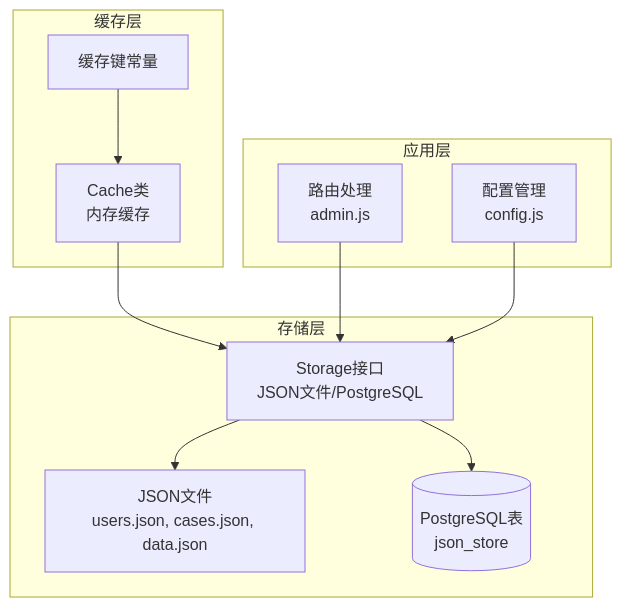
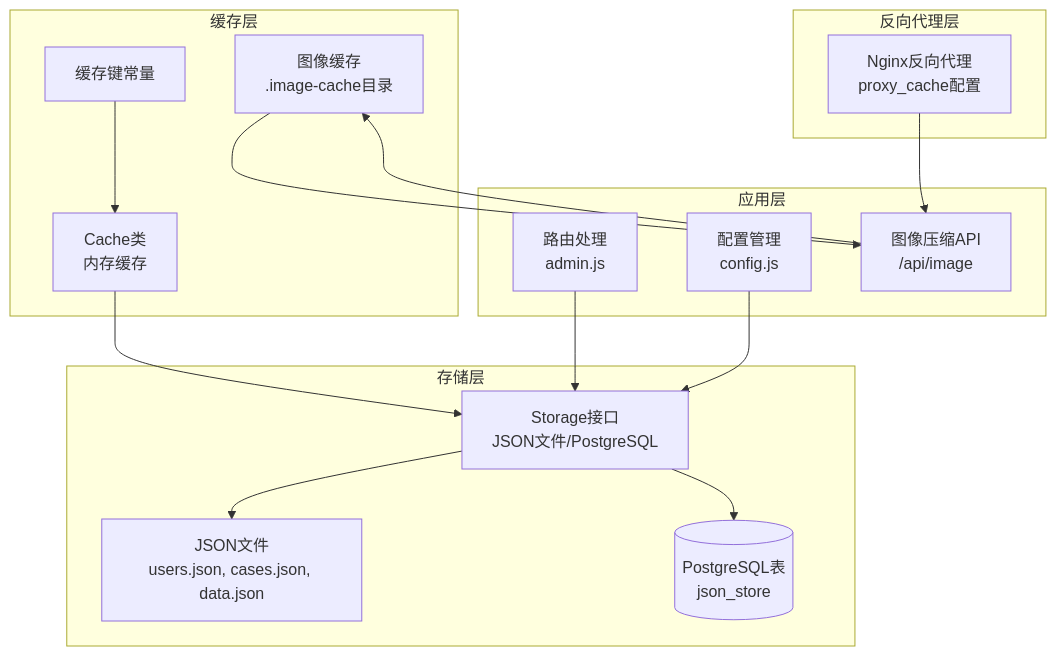
Before and after one commit to Giraffe-Han/microAPP: the first of 11 diagrams in .qoder/repowiki/zh/content/后端服务架构/数据存储系统/缓存机制设计.md, drawn with Mermaid. The commit also changed other lines of this file and 6 other files, not shown here.

````diff
--- a/.qoder/repowiki/zh/content/后端服务架构/数据存储系统/缓存机制设计.md
+++ b/.qoder/repowiki/zh/content/后端服务架构/数据存储系统/缓存机制设计.md
@@ -41,22 +57,30 @@
 ```mermaid
 graph TB
 subgraph "缓存层"
 Cache[Cache类<br/>内存缓存]
+ImageCache[图像缓存<br/>.image-cache目录]
 CacheKeys[缓存键常量]
 end
 subgraph "存储层"
 Storage[Storage接口<br/>JSON文件/PostgreSQL]
 JSONFiles[JSON文件<br/>users.json, cases.json, data.json]
 PGTable[(PostgreSQL表<br/>json_store)]
 end
 subgraph "应用层"
 Routes[路由处理<br/>admin.js]
 Config[配置管理<br/>config.js]
+ImageAPI[图像压缩API<br/>/api/image]
+end
+subgraph "反向代理层"
+Nginx[Nginx反向代理<br/>proxy_cache配置]
 end
 Cache --> Storage
+ImageCache --> ImageAPI
 CacheKeys --> Cache
 Storage --> JSONFiles
 Storage --> PGTable
 Routes --> Storage
 Config --> Storage
+ImageAPI --> ImageCache
+Nginx --> ImageAPI
 ```
````
